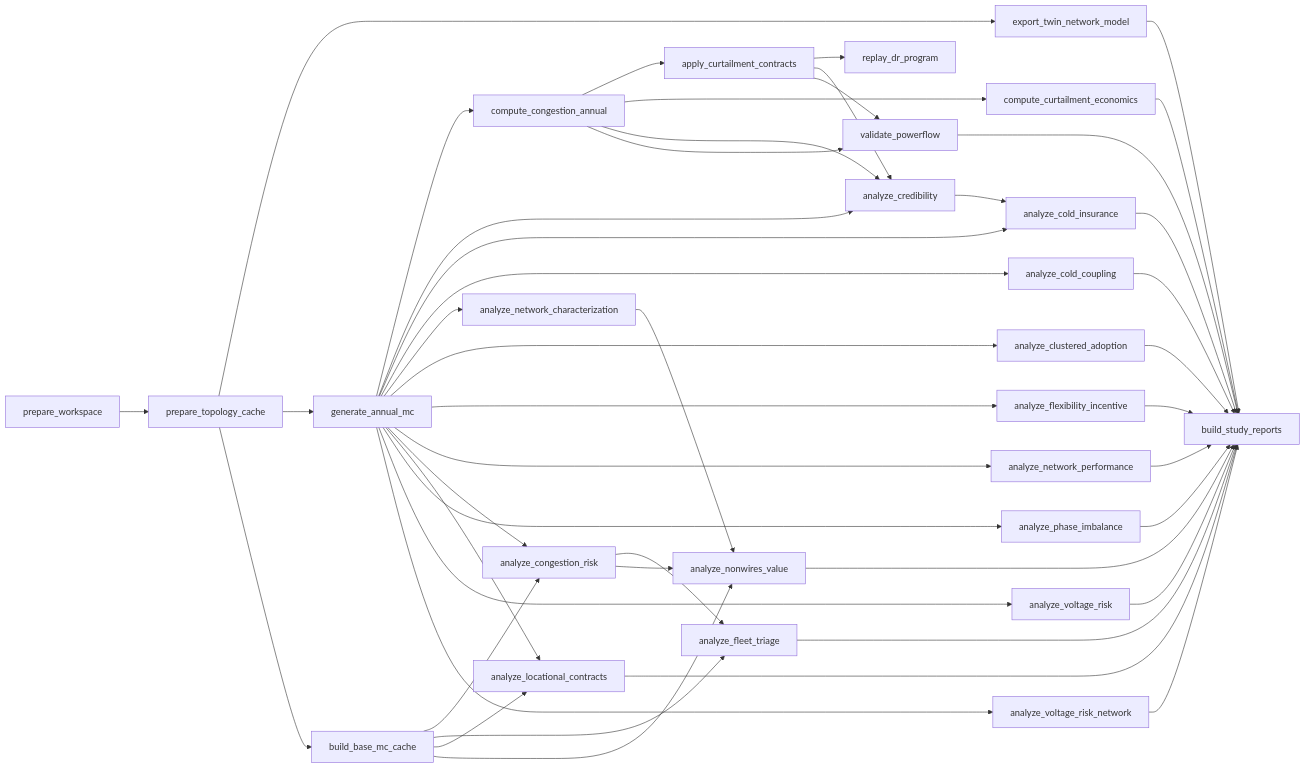
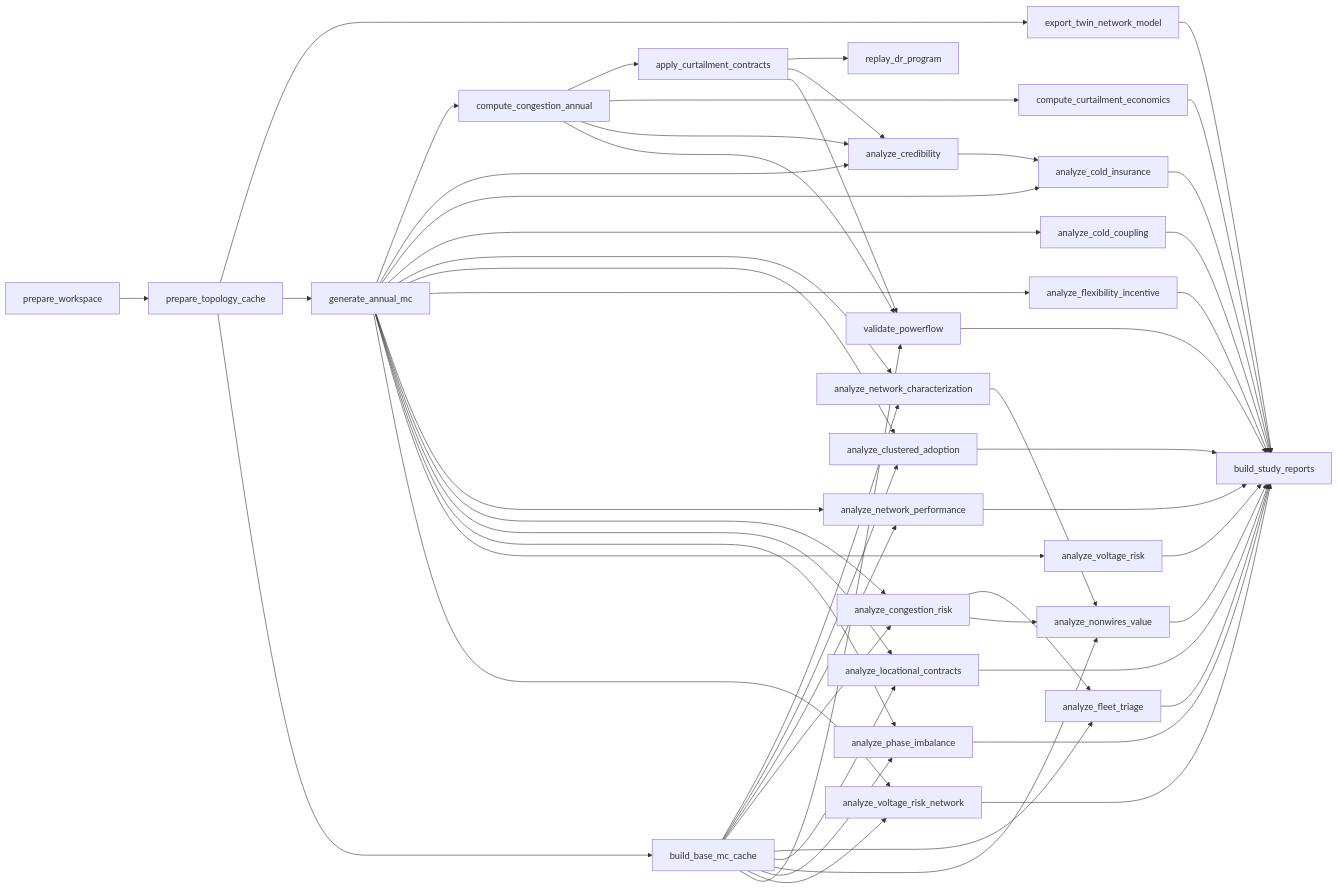
Before and after one commit to lirei-lab/gridalyn: the diagram in docs/reference/workflow-yaml.md, drawn with Mermaid.

Commit message:
docs: publish from gridalyn-dev@4a5bbe943424

````diff
--- a/docs/reference/workflow-yaml.md
+++ b/docs/reference/workflow-yaml.md
@@ -229,74 +229,80 @@
 ```mermaid
 flowchart LR
     prepare_workspace
     prepare_topology_cache
     export_twin_network_model
     generate_annual_mc
     build_base_mc_cache
     compute_congestion_annual
     apply_curtailment_contracts
     replay_dr_program
     compute_curtailment_economics
     analyze_credibility
     analyze_cold_insurance
     analyze_cold_coupling
     analyze_network_characterization
     analyze_clustered_adoption
     analyze_flexibility_incentive
     analyze_network_performance
     analyze_congestion_risk
     analyze_fleet_triage
     analyze_locational_contracts
     analyze_nonwires_value
     analyze_phase_imbalance
     analyze_voltage_risk
     analyze_voltage_risk_network
     validate_powerflow
     build_study_reports
     prepare_workspace --> prepare_topology_cache
     prepare_topology_cache --> export_twin_network_model
     prepare_topology_cache --> generate_annual_mc
     prepare_topology_cache --> build_base_mc_cache
     generate_annual_mc --> compute_congestion_annual
     compute_congestion_annual --> apply_curtailment_contracts
     apply_curtailment_contracts --> replay_dr_program
     compute_congestion_annual --> compute_curtailment_economics
     generate_annual_mc --> analyze_credibility
     compute_congestion_annual --> analyze_credibility
     apply_curtailment_contracts --> analyze_credibility
     generate_annual_mc --> analyze_cold_insurance
     analyze_credibility --> analyze_cold_insurance
     generate_annual_mc --> analyze_cold_coupling
     generate_annual_mc --> analyze_network_characterization
+    build_base_mc_cache --> analyze_network_characterization
     generate_annual_mc --> analyze_clustered_adoption
+    build_base_mc_cache --> analyze_clustered_adoption
     generate_annual_mc --> analyze_flexibility_incentive
     generate_annual_mc --> analyze_network_performance
+    build_base_mc_cache --> analyze_network_performance
     generate_annual_mc --> analyze_congestion_risk
     build_base_mc_cache --> analyze_congestion_risk
     analyze_congestion_risk --> analyze_fleet_triage
     build_base_mc_cache --> analyze_fleet_triage
     generate_annual_mc --> analyze_locational_contracts
     build_base_mc_cache --> analyze_locational_contracts
     analyze_network_characterization --> analyze_nonwires_value
     analyze_congestion_risk --> analyze_nonwires_value
     build_base_mc_cache --> analyze_nonwires_value
     generate_annual_mc --> analyze_phase_imbalance
+    build_base_mc_cache --> analyze_phase_imbalance
     generate_annual_mc --> analyze_voltage_risk
     generate_annual_mc --> analyze_voltage_risk_network
+    build_base_mc_cache --> analyze_voltage_risk_network
     compute_congestion_annual --> validate_powerflow
     apply_curtailment_contracts --> validate_powerflow
+    build_base_mc_cache --> validate_powerflow
     analyze_clustered_adoption --> build_study_reports
     analyze_cold_coupling --> build_study_reports
     analyze_cold_insurance --> build_study_reports
     analyze_fleet_triage --> build_study_reports
     analyze_flexibility_incentive --> build_study_reports
     analyze_locational_contracts --> build_study_reports
     analyze_network_performance --> build_study_reports
     analyze_nonwires_value --> build_study_reports
     analyze_phase_imbalance --> build_study_reports
     analyze_voltage_risk --> build_study_reports
     analyze_voltage_risk_network --> build_study_reports
     compute_curtailment_economics --> build_study_reports
     export_twin_network_model --> build_study_reports
     validate_powerflow --> build_study_reports
 ```
````
